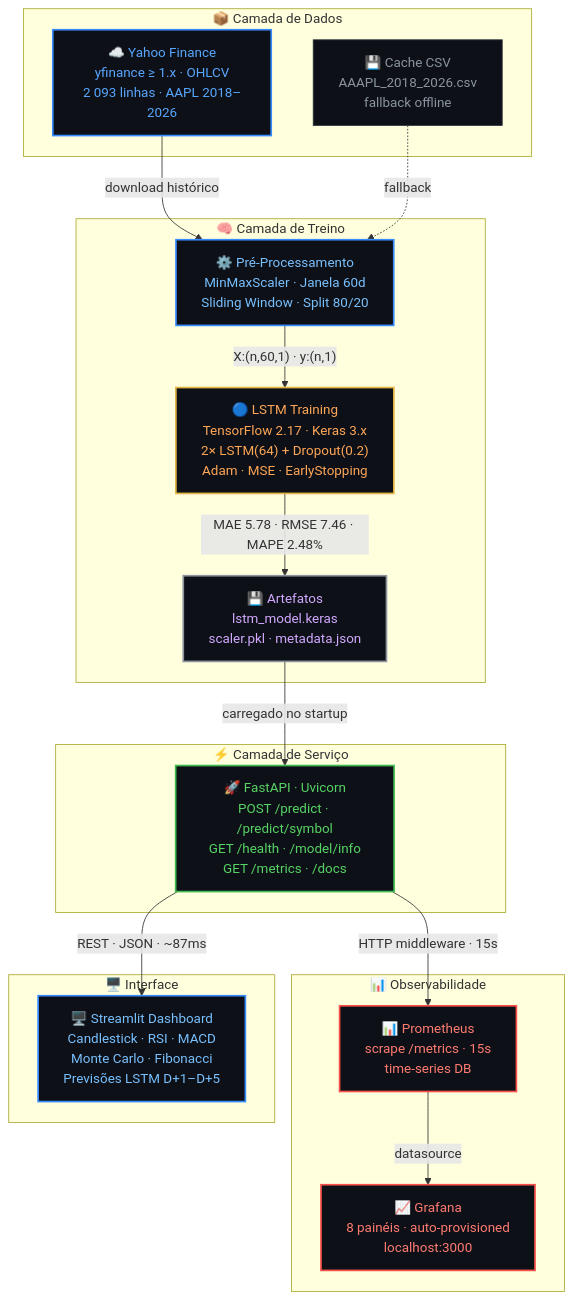
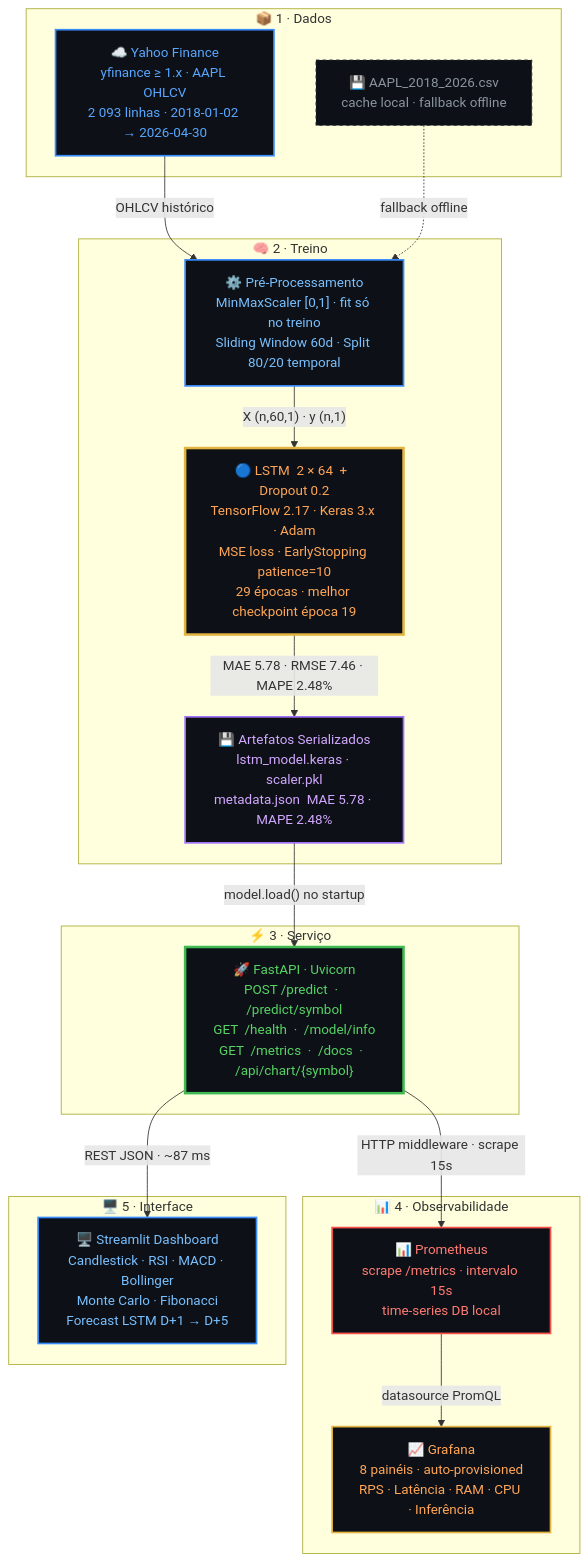
One commit to dionebraga/Pos_Tech_MLET-Fase-4 changed the second of 6 diagrams in README.md. Above: the diagram before and after it, drawn with Mermaid. The commit also changed other lines of this file, not shown here.

First line of the commit message:
README: improve all remaining diagrams visually

````diff
--- a/README.md
+++ b/README.md
@@ -241,45 +241,45 @@
 ```mermaid
 flowchart TD
-    subgraph DADOS["  📦 Camada de Dados  "]
-        YF["☁️ Yahoo Finance\nyfinance ≥ 1.x · OHLCV\n2 093 linhas · AAPL 2018–2026"]
-        CSV["💾 Cache CSV\nAAAPL_2018_2026.csv\nfallback offline"]
+    subgraph DADOS["  📦 1 · Dados  "]
+        YF["☁️ Yahoo Finance\nyfinance ≥ 1.x · AAPL OHLCV\n2 093 linhas · 2018-01-02 → 2026-04-30"]
+        CSV["💾 AAPL_2018_2026.csv\ncache local · fallback offline"]
     end
 
-    subgraph TREINO["  🧠 Camada de Treino  "]
-        DP["⚙️ Pré-Processamento\nMinMaxScaler · Janela 60d\nSliding Window · Split 80/20"]
-        ML["🔵 LSTM Training\nTensorFlow 2.17 · Keras 3.x\n2× LSTM(64) + Dropout(0.2)\nAdam · MSE · EarlyStopping"]
-        ART["💾 Artefatos\nlstm_model.keras\nscaler.pkl · metadata.json"]
+    subgraph TREINO["  🧠 2 · Treino  "]
+        DP["⚙️ Pré-Processamento\nMinMaxScaler [0,1] · fit só no treino\nSliding Window 60d · Split 80/20 temporal"]
+        ML["🔵 LSTM  2 × 64  +  Dropout 0.2\nTensorFlow 2.17 · Keras 3.x · Adam\nMSE loss · EarlyStopping patience=10\n29 épocas · melhor checkpoint época 19"]
+        ART["💾 Artefatos Serializados\nlstm_model.keras · scaler.pkl\nmetadata.json  MAE 5.78 · MAPE 2.48%"]
     end
 
-    subgraph SERVE["  ⚡ Camada de Serviço  "]
-        API["🚀 FastAPI · Uvicorn\nPOST /predict · /predict/symbol\nGET /health · /model/info\nGET /metrics · /docs"]
+    subgraph SERVE["  ⚡ 3 · Serviço  "]
+        API["🚀 FastAPI · Uvicorn\nPOST /predict  ·  /predict/symbol\nGET  /health  ·  /model/info\nGET  /metrics  ·  /docs  ·  /api/chart/{symbol}"]
     end
 
-    subgraph OBS["  📊 Observabilidade  "]
-        PROM["📊 Prometheus\nscrape /metrics · 15s\ntime-series DB"]
-        GRAF["📈 Grafana\n8 painéis · auto-provisioned\nlocalhost:3000"]
+    subgraph OBS["  📊 4 · Observabilidade  "]
+        PROM["📊 Prometheus\nscrape /metrics · intervalo 15s\ntime-series DB local"]
+        GRAF["📈 Grafana\n8 painéis · auto-provisioned\nRPS · Latência · RAM · CPU · Inferência"]
     end
 
-    subgraph UI["  🖥️ Interface  "]
-        DASH["🖥️ Streamlit Dashboard\nCandlestick · RSI · MACD\nMonte Carlo · Fibonacci\nPrevisões LSTM D+1–D+5"]
+    subgraph UI["  🖥️ 5 · Interface  "]
+        DASH["🖥️ Streamlit Dashboard\nCandlestick · RSI · MACD · Bollinger\nMonte Carlo · Fibonacci\nForecast LSTM D+1 → D+5"]
     end
 
-    YF -->|"download histórico"| DP
-    CSV -.->|"fallback"| DP
-    DP -->|"X:(n,60,1) · y:(n,1)"| ML
-    ML -->|"MAE 5.78 · RMSE 7.46 · MAPE 2.48%"| ART
-    ART -->|"carregado no startup"| API
-    API -->|"HTTP middleware · 15s"| PROM
-    PROM -->|"datasource"| GRAF
-    API -->|"REST · JSON · ~87ms"| DASH
+    YF      -->|"OHLCV histórico"| DP
+    CSV     -.->|"fallback offline"| DP
+    DP      -->|"X (n,60,1) · y (n,1)"| ML
+    ML      -->|"MAE 5.78 · RMSE 7.46 · MAPE 2.48%"| ART
+    ART     -->|"model.load() no startup"| API
+    API     -->|"HTTP middleware · scrape 15s"| PROM
+    PROM    -->|"datasource PromQL"| GRAF
+    API     -->|"REST JSON · ~87 ms"| DASH
 
     style YF   fill:#0d1117,color:#58a6ff,stroke:#388bfd,stroke-width:2px
-    style CSV  fill:#0d1117,color:#8b949e,stroke:#30363d,stroke-width:1px
+    style CSV  fill:#0d1117,color:#8b949e,stroke:#30363d,stroke-width:1px,stroke-dasharray:4
     style DP   fill:#0d1117,color:#79c0ff,stroke:#388bfd,stroke-width:2px
-    style ML   fill:#0d1117,color:#ffa657,stroke:#e3b341,stroke-width:2px
-    style ART  fill:#0d1117,color:#d2a8ff,stroke:#8b949e,stroke-width:2px
-    style API  fill:#0d1117,color:#56d364,stroke:#3fb950,stroke-width:2px
+    style ML   fill:#0d1117,color:#ffa657,stroke:#e3b341,stroke-width:3px
+    style ART  fill:#0d1117,color:#d2a8ff,stroke:#a371f7,stroke-width:2px
+    style API  fill:#0d1117,color:#56d364,stroke:#3fb950,stroke-width:3px
     style PROM fill:#0d1117,color:#ff7b72,stroke:#f85149,stroke-width:2px
-    style GRAF fill:#0d1117,color:#ff7b72,stroke:#f85149,stroke-width:2px
+    style GRAF fill:#0d1117,color:#ffa657,stroke:#e3b341,stroke-width:2px
     style DASH fill:#0d1117,color:#79c0ff,stroke:#388bfd,stroke-width:2px
 ```
````
